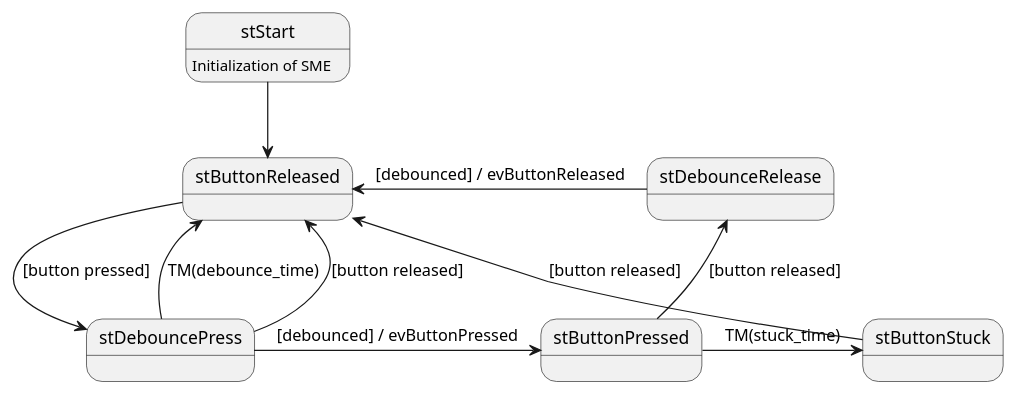
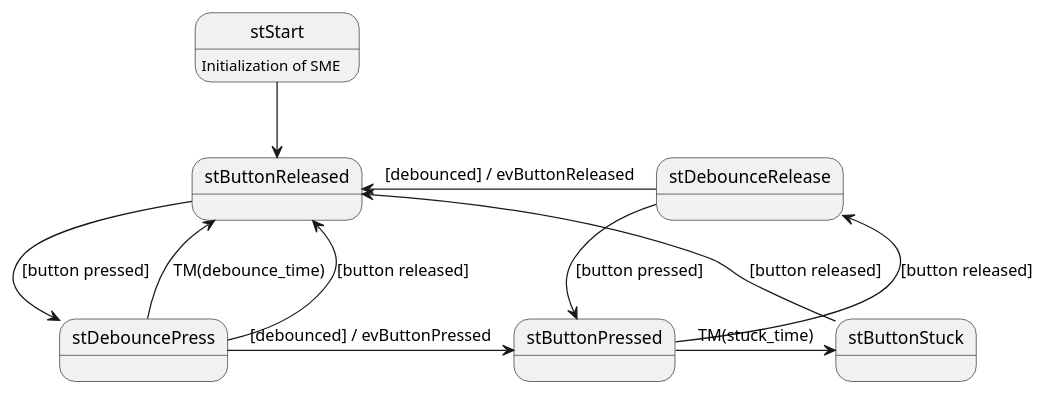
The second of 2 diagrams in test/ecproject/README.md (kbecker0619/cwsw_arch_doc), drawn with PlantUML before and after one commit.

Commit message:
Buttons: Added transition from debounce-press back to pressed.
* (re)-added local variables when we read input-stream bits so i can observe & interact during debugging.

````diff
--- a/test/ecproject/README.md
+++ b/test/ecproject/README.md
@@ -61,19 +61,21 @@
 ```plantuml
 @startuml
 
 stStart -d-> stButtonReleased
 stStart: Initialization of SME
 stButtonReleased -d-> stDebouncePress: [button pressed]
 stDebouncePress -r-> stButtonPressed: [debounced] / evButtonPressed
 stButtonPressed -u-> stDebounceRelease: [button released]
 stDebounceRelease -l-> stButtonReleased: [debounced] / evButtonReleased
 
 stDebouncePress -> stButtonReleased: TM(debounce_time)
 stDebouncePress -> stButtonReleased: [button released]
 
 stButtonPressed -> stButtonStuck: TM(stuck_time)
 stButtonStuck -> stButtonReleased: [button released]
 
+stDebounceRelease -d-> stButtonPressed: [button pressed]
+
 @enduml
 
 ```
````
